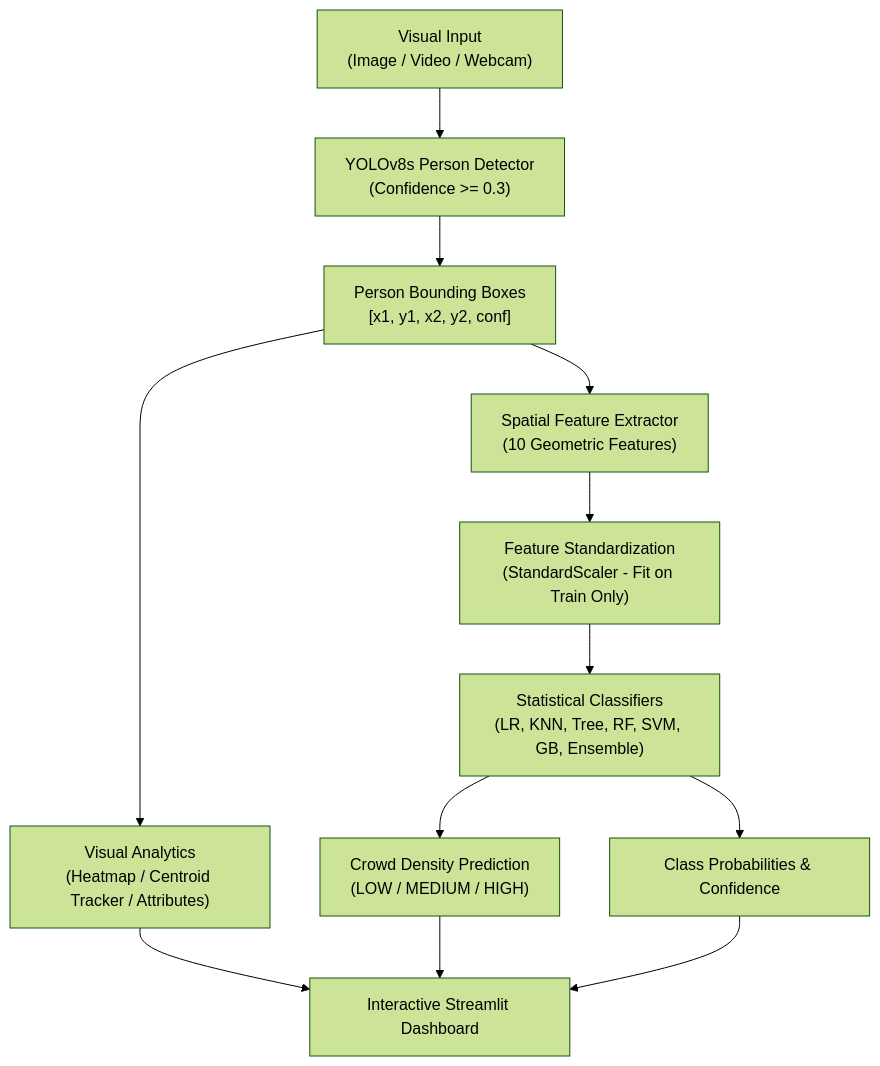
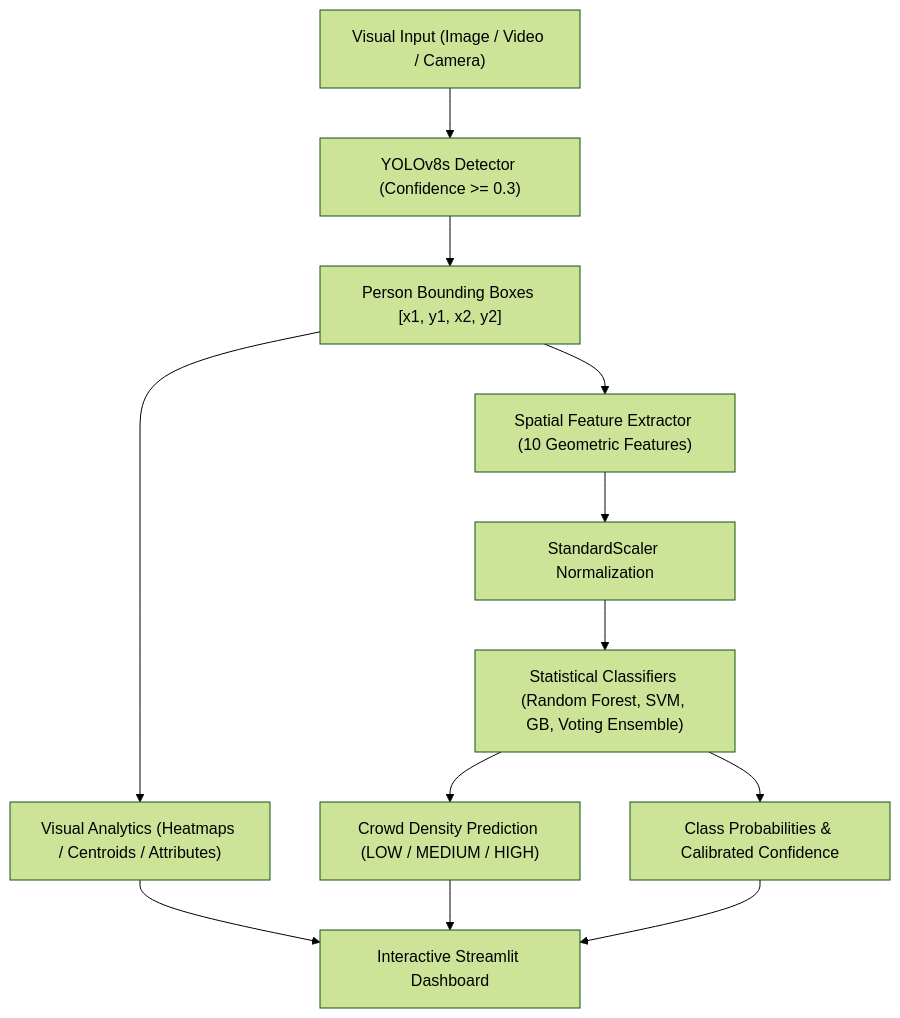
Before and after one commit to ivin-baiju/Visionlytics: the diagram in README.md, drawn with Mermaid (forest theme). The commit also changed other lines of this file and 17 other files, not shown here.

````diff
--- a/README.md
+++ b/README.md
@@ -62,18 +45,18 @@
 ```mermaid
 graph TD
-    A["Visual Input<br/>(Image / Video / Webcam)"] --> B["YOLOv8s Person Detector<br/>(Confidence >= 0.3)"]
-    B --> C["Person Bounding Boxes<br/>[x1, y1, x2, y2, conf]"]
+    A["Visual Input (Image / Video / Camera)"] --> B["YOLOv8s Detector (Confidence >= 0.3)"]
+    B --> C["Person Bounding Boxes [x1, y1, x2, y2]"]
     
-    C --> D["Spatial Feature Extractor<br/>(10 Geometric Features)"]
-    C --> E["Visual Analytics<br/>(Heatmap / Centroid Tracker / Attributes)"]
+    C --> D["Spatial Feature Extractor (10 Geometric Features)"]
+    C --> E["Visual Analytics (Heatmaps / Centroids / Attributes)"]
     
-    D --> F["Feature Standardization<br/>(StandardScaler - Fit on Train Only)"]
-    F --> G["Statistical Classifiers<br/>(LR, KNN, Tree, RF, SVM, GB, Ensemble)"]
+    D --> F["StandardScaler Normalization"]
+    F --> G["Statistical Classifiers (Random Forest, SVM, GB, Voting Ensemble)"]
     
-    G --> H["Crowd Density Prediction<br/>(LOW / MEDIUM / HIGH)"]
-    G --> I["Class Probabilities & Confidence"]
+    G --> H["Crowd Density Prediction (LOW / MEDIUM / HIGH)"]
+    G --> I["Class Probabilities & Calibrated Confidence"]
     
     E --> J["Interactive Streamlit Dashboard"]
     H --> J
     I --> J
 ```
````
